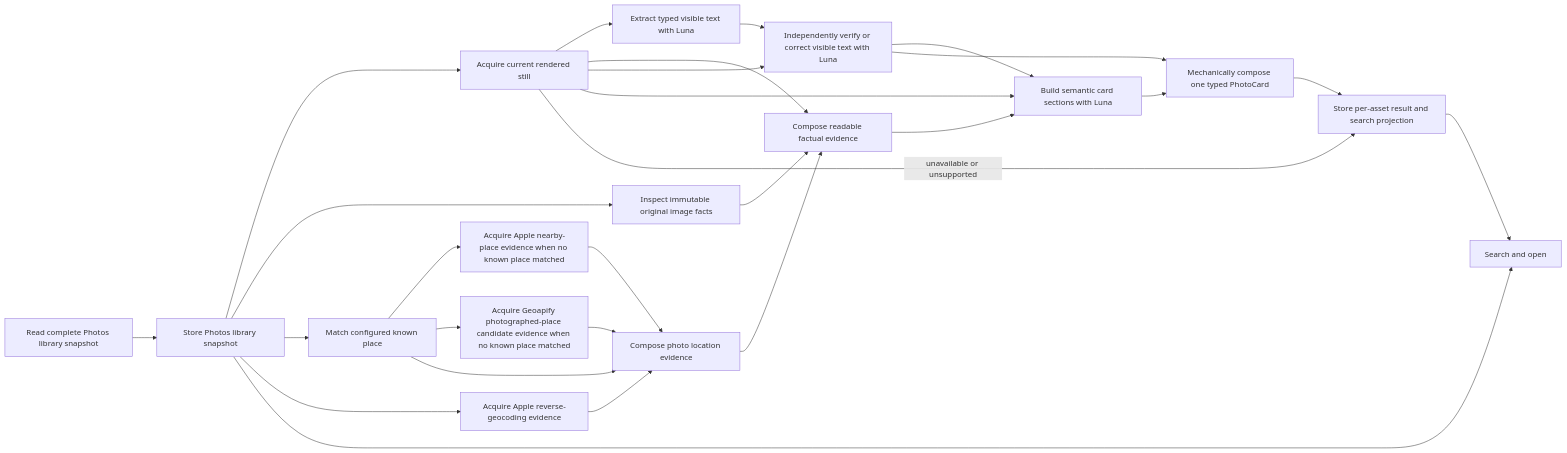
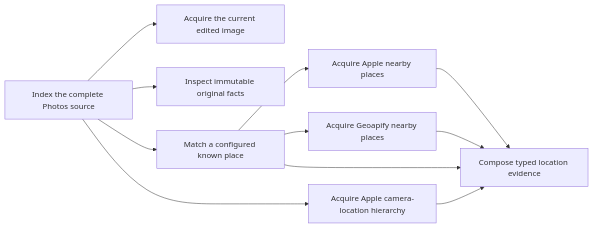
Before and after one commit to opentrawl/opentrawl: the diagram in trawlers/photos/docs/architecture.md, drawn with Mermaid. The commit also changed other lines of this file and 32 other files, not shown here.

Commit message:
Prove typed Photos location foundations

````diff
--- a/trawlers/photos/docs/architecture.md
+++ b/trawlers/photos/docs/architecture.md
@@ -35,29 +24,22 @@
 ```mermaid
 flowchart LR
-    snapshot["Read complete Photos library snapshot"] --> index["Store Photos library snapshot"]
-    index --> current["Acquire current rendered still"]
-    index --> facts["Inspect immutable original image facts"]
-    index --> known["Match configured known place"]
-    index --> appleReverse["Acquire Apple reverse-geocoding evidence"]
-    known --> appleNearby["Acquire Apple nearby-place evidence when no known place matched"]
-    known --> geoapifyCandidates["Acquire Geoapify photographed-place candidate evidence when no known place matched"]
-    current --> text["Extract typed visible text with Luna"]
-    current --> readable["Compose readable factual evidence"]
-    facts --> readable
-    known --> locationEvidence["Compose photo location evidence"]
-    appleReverse --> locationEvidence
-    appleNearby --> locationEvidence
-    geoapifyCandidates --> locationEvidence
-    locationEvidence --> readable
-    text --> verify["Independently verify or correct visible text with Luna"]
-    current --> verify
-    verify --> card["Build semantic card sections with Luna"]
-    current --> card
-    readable --> card
-    card --> compose["Mechanically compose one typed PhotoCard"]
-    verify --> compose
-    compose --> store["Store per-asset result and search projection"]
-    current -->|unavailable or unsupported| store
-    index --> query["Search and open"]
-    store --> query
+    source["Index the complete Photos source"]
+    current["Acquire the current edited image"]
+    original["Inspect immutable original facts"]
+    known["Match a configured known place"]
+    appleReverse["Acquire Apple camera-location hierarchy"]
+    appleNearby["Acquire Apple nearby places"]
+    geoapify["Acquire Geoapify nearby places"]
+    compose["Compose typed location evidence"]
+
+    source --> current
+    source --> original
+    source --> known
+    source --> appleReverse
+    known --> appleNearby
+    known --> geoapify
+    known --> compose
+    appleReverse --> compose
+    appleNearby --> compose
+    geoapify --> compose
 ```
````
